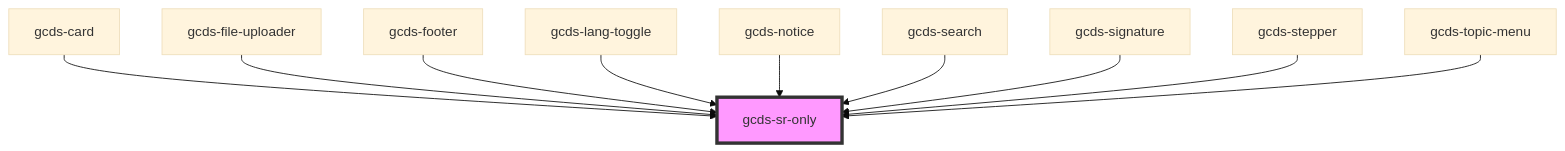
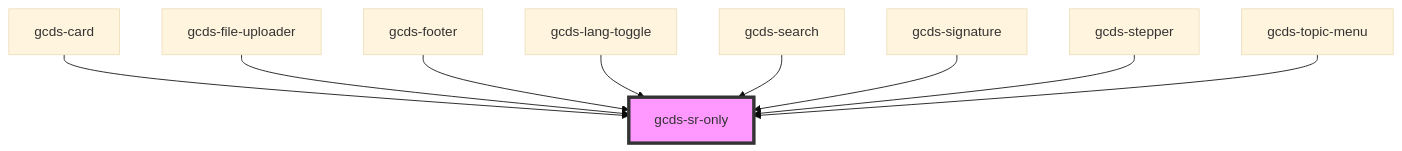
Before and after one commit to cds-snc/gcds-components: the diagram in packages/web/src/components/gcds-sr-only/readme.md, drawn with Mermaid (base theme). The commit also changed other lines of this file and 11 other files, not shown here.

````diff
--- a/packages/web/src/components/gcds-sr-only/readme.md
+++ b/packages/web/src/components/gcds-sr-only/readme.md
@@ -30,13 +29,12 @@
 ```mermaid
 graph TD;
   gcds-card --> gcds-sr-only
   gcds-file-uploader --> gcds-sr-only
   gcds-footer --> gcds-sr-only
   gcds-lang-toggle --> gcds-sr-only
-  gcds-notice --> gcds-sr-only
   gcds-search --> gcds-sr-only
   gcds-signature --> gcds-sr-only
   gcds-stepper --> gcds-sr-only
   gcds-topic-menu --> gcds-sr-only
   style gcds-sr-only fill:#f9f,stroke:#333,stroke-width:4px
 ```
````
